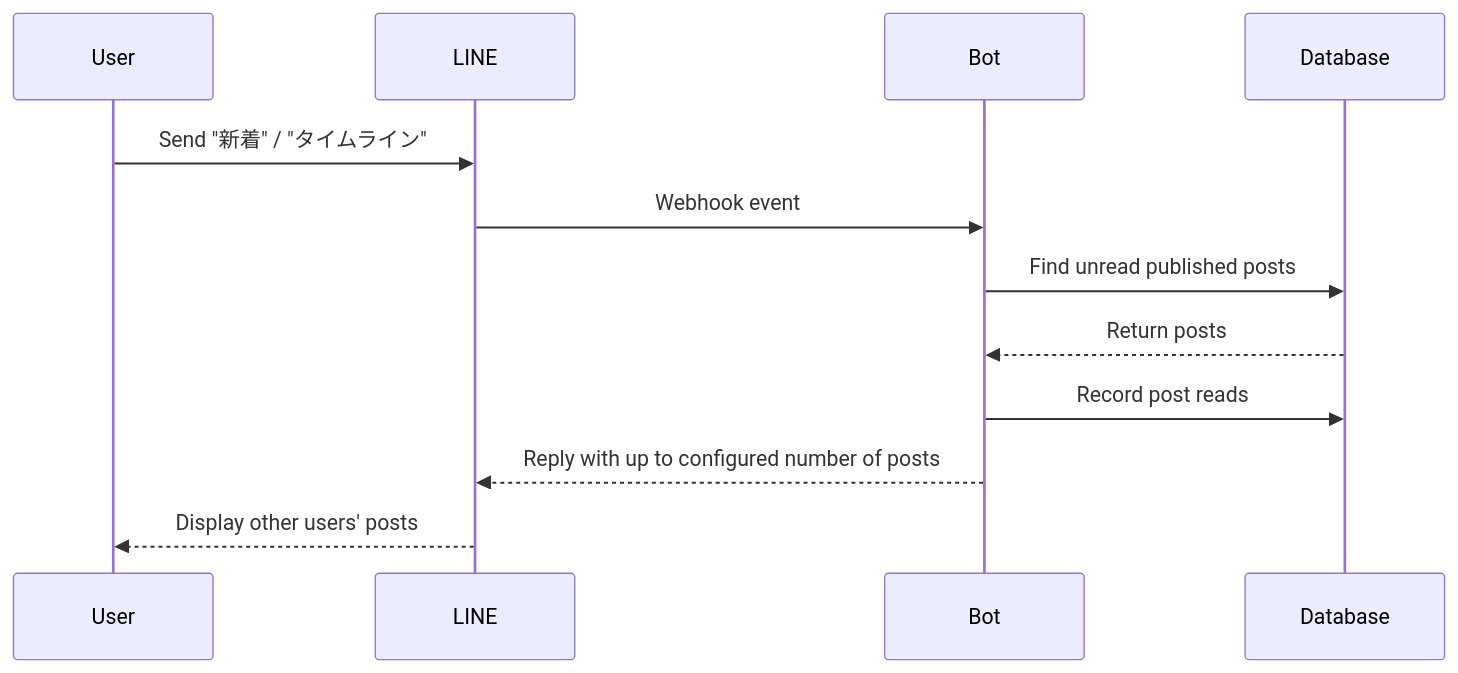
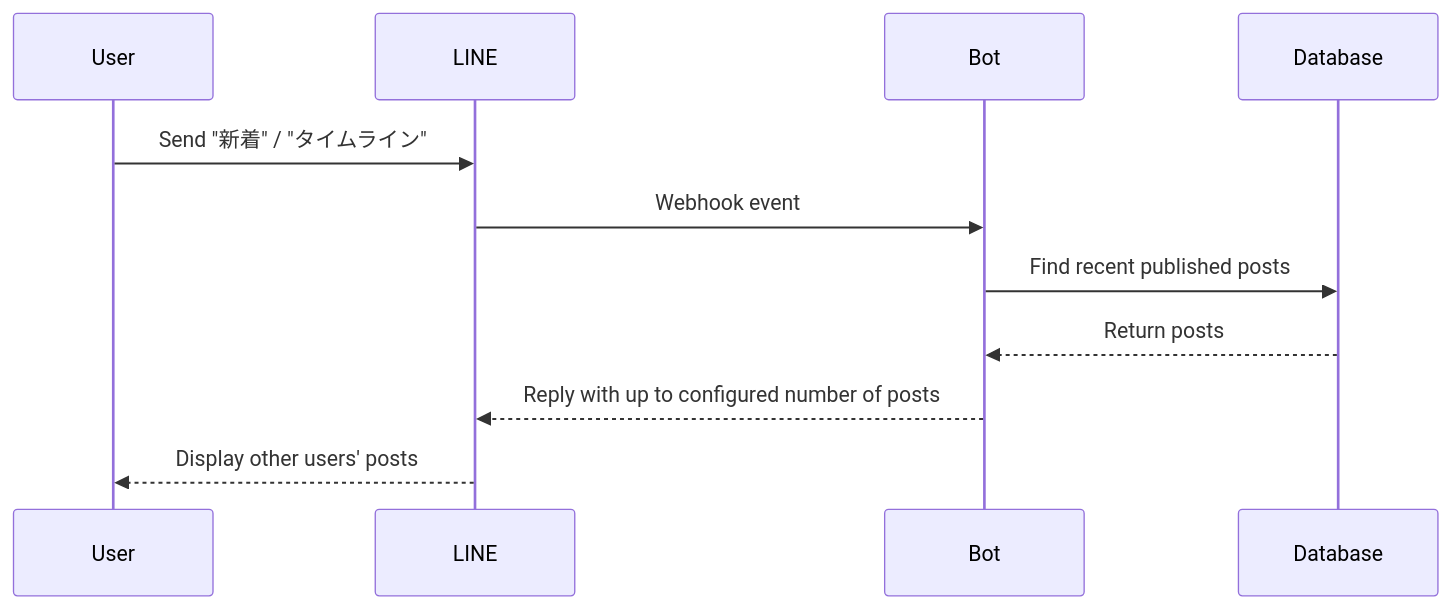
Before and after one commit to Unjuno/bot_mini_sns: the third of 4 diagrams in docs/user-flow.md, drawn with Mermaid. The commit also changed other lines of this file and 6 other files, not shown here.

Commit message:
Use recent timeline posts

````diff
--- a/docs/user-flow.md
+++ b/docs/user-flow.md
@@ -56,15 +55,14 @@
 ```mermaid
 sequenceDiagram
     participant U as User
     participant L as LINE
     participant B as Bot
     participant DB as Database
 
     U->>L: Send "新着" / "タイムライン"
     L->>B: Webhook event
-    B->>DB: Find unread published posts
+    B->>DB: Find recent published posts
     DB-->>B: Return posts
-    B->>DB: Record post reads
     B-->>L: Reply with up to configured number of posts
     L-->>U: Display other users' posts
 ```
````
